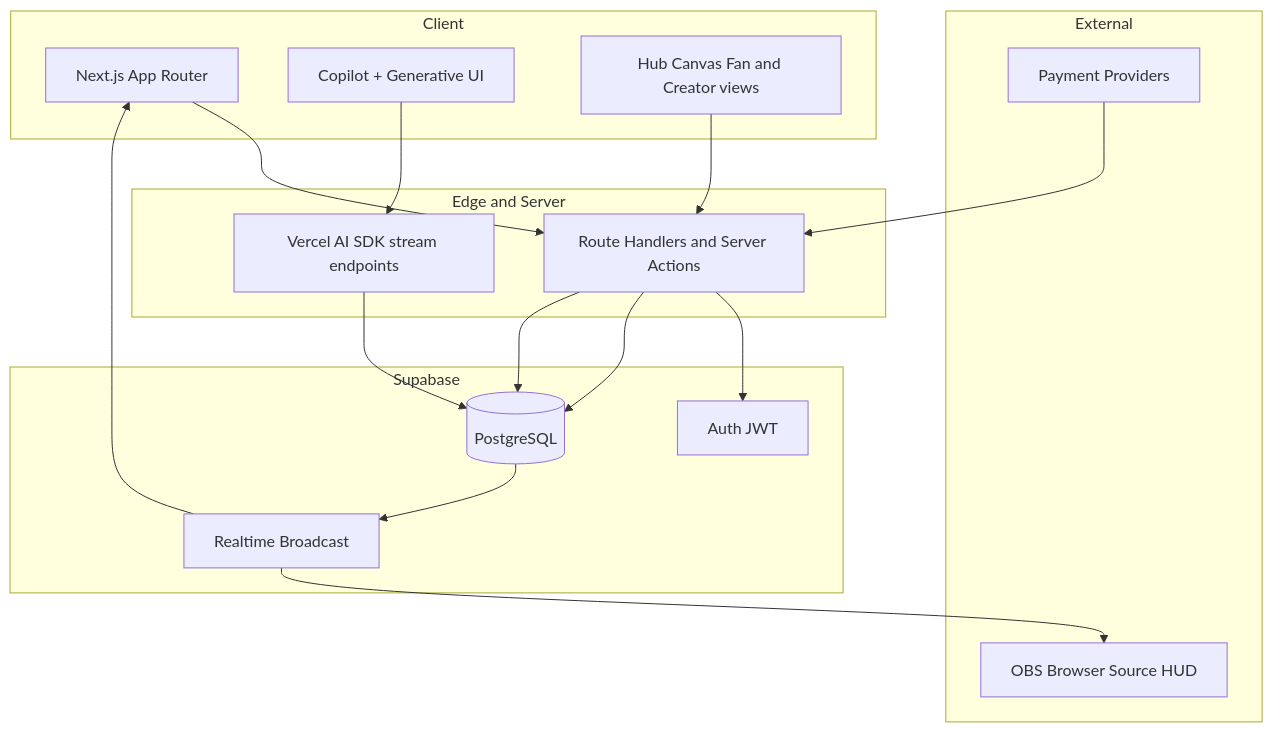
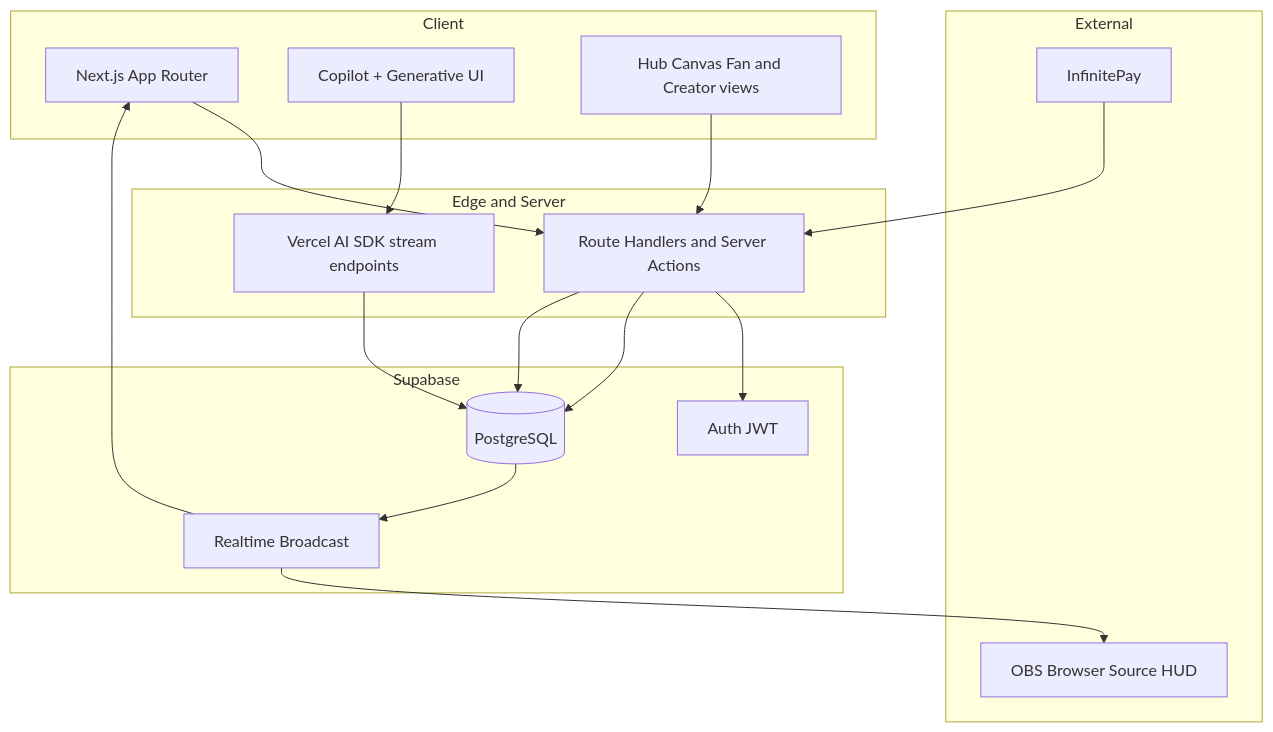
One commit to pealmeida/agentic-publihub changed the first of 2 diagrams in docs/system-architecture-and-data-flow.md. Above: the diagram before and after it, drawn with Mermaid. The commit also changed 18 other files, not shown here.

First line of the commit message:
docs: add API, payments, integrations, and roadmap specs; update mock preview

````diff
--- a/docs/system-architecture-and-data-flow.md
+++ b/docs/system-architecture-and-data-flow.md
@@ -9,32 +9,32 @@
 ```mermaid
 flowchart TB
   subgraph client [Client]
     NextApp[Next.js App Router]
     CopilotUI[Copilot + Generative UI]
     HubUI[Hub Canvas Fan and Creator views]
   end
   subgraph edge [Edge and Server]
     APIRoutes[Route Handlers and Server Actions]
     AISDK[Vercel AI SDK stream endpoints]
   end
   subgraph supa [Supabase]
     Auth[Auth JWT]
     DB[(PostgreSQL)]
     Realtime[Realtime Broadcast]
   end
   subgraph external [External]
-    Pay[Payment Providers]
+    Pay[InfinitePay]
     OBS[OBS Browser Source HUD]
   end
   NextApp --> APIRoutes
   CopilotUI --> AISDK
   HubUI --> APIRoutes
   APIRoutes --> Auth
   APIRoutes --> DB
   AISDK --> DB
   Pay --> APIRoutes
   APIRoutes --> DB
   DB --> Realtime
   Realtime --> OBS
   Realtime --> NextApp
 ```
````
